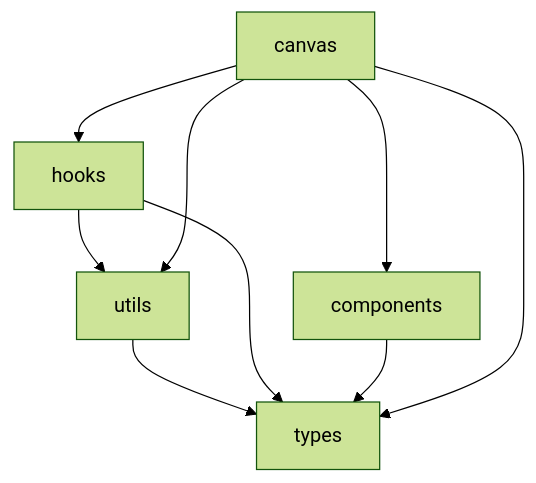
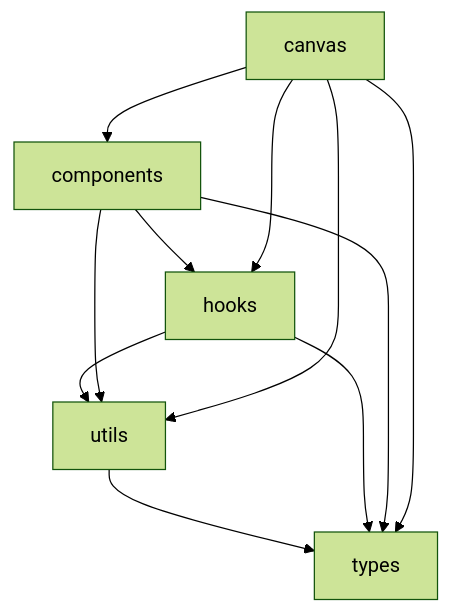
The first of 3 diagrams in src/features/svg-canvas/MODULE_DEPENDENCY_RULES.md (gznnk/json-draw-prealpha), drawn with Mermaid (forest theme) before and after one commit. The commit also changed other lines of this file and 59 other files, not shown here.

````diff
--- a/src/features/svg-canvas/MODULE_DEPENDENCY_RULES.md
+++ b/src/features/svg-canvas/MODULE_DEPENDENCY_RULES.md
@@ -4,11 +4,13 @@
 ```mermaid
 graph TD
     utils --> types
     hooks --> types
     hooks --> utils
     components --> types
+    components --> utils
+    components --> hooks
     canvas --> types
     canvas --> utils
     canvas --> hooks
     canvas --> components
 ```
````
